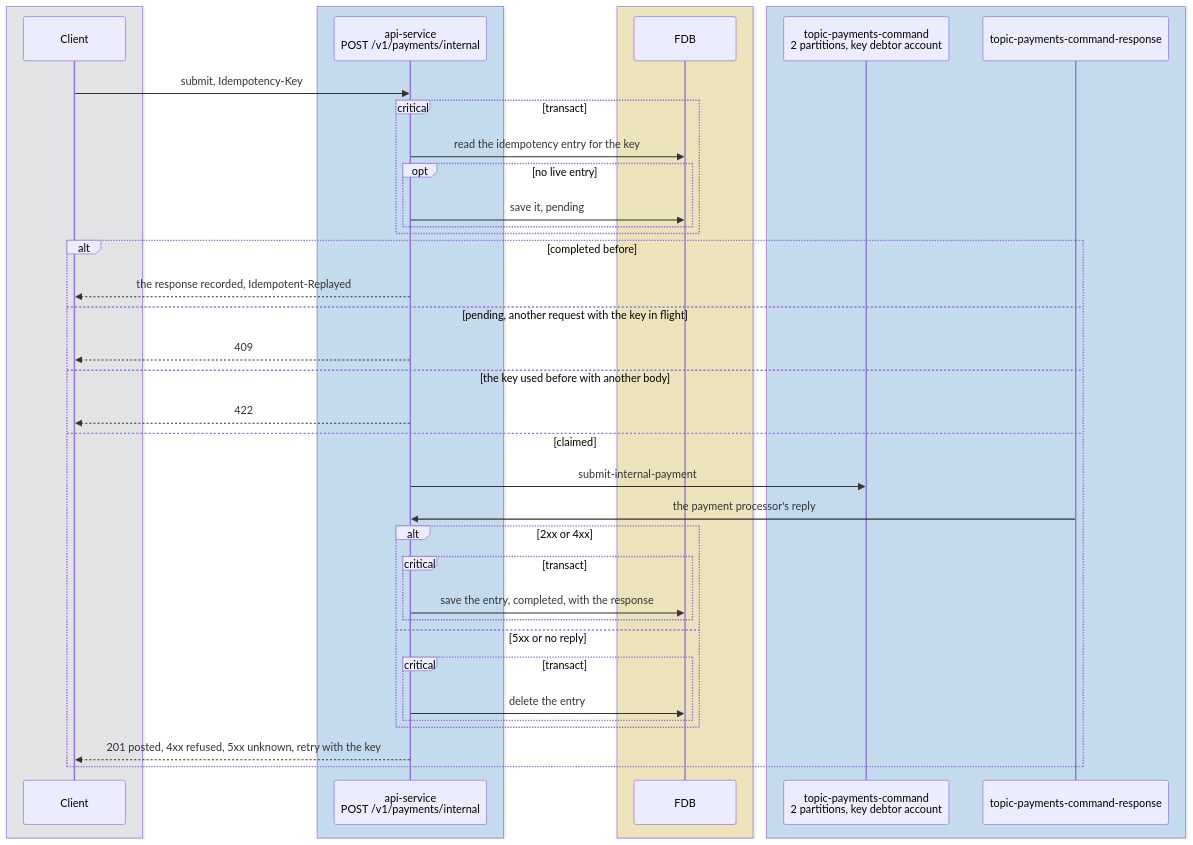
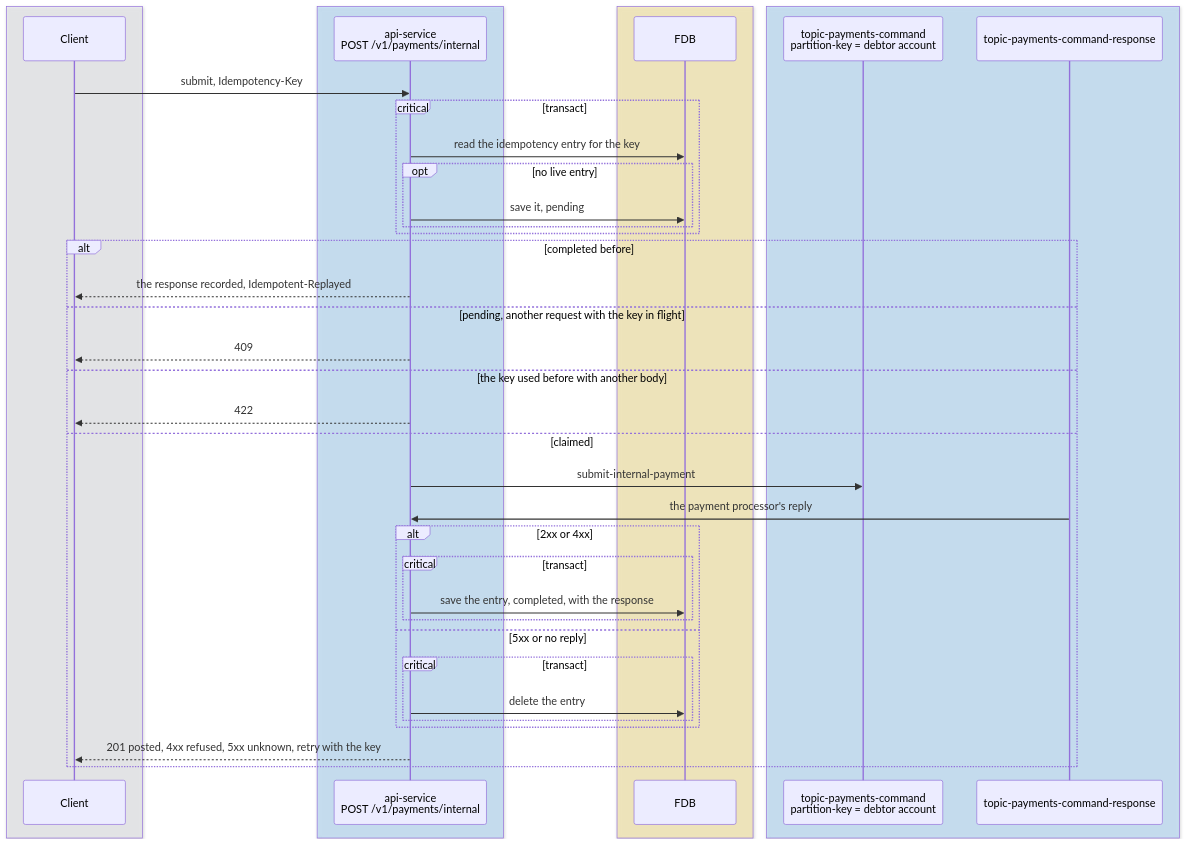
Before and after one commit to repldriven/queenswood: the first of 7 diagrams in docs/tdd/payments-internal.md, drawn with Mermaid. The commit also changed other lines of this file, not shown here.

Commit message:
Name each topic's partition key rather than its partition count

````diff
--- a/docs/tdd/payments-internal.md
+++ b/docs/tdd/payments-internal.md
@@ -81,43 +77,43 @@
 ```mermaid
 sequenceDiagram
     box rgba(233, 236, 239, 0.5)
     participant C as Client
     end
     box rgba(165, 216, 255, 0.45)
     participant API as api-service<br/>POST /v1/payments/internal
     end
     box rgba(255, 236, 153, 0.5)
     participant DB as FDB
     end
     box rgba(165, 216, 255, 0.45)
-    participant PC as topic-payments-command<br/>2 partitions, key debtor account
+    participant PC as topic-payments-command<br/>partition-key = debtor account
     participant PR as topic-payments-command-response
     end
     C->>API: submit, Idempotency-Key
     critical transact
     API->>DB: read the idempotency entry for the key
     opt no live entry
     API->>DB: save it, pending
     end
     end
     alt completed before
     API-->>C: the response recorded, Idempotent-Replayed
     else pending, another request with the key in flight
     API-->>C: 409
     else the key used before with another body
     API-->>C: 422
     else claimed
     API->>PC: submit-internal-payment
     PR->>API: the payment processor's reply
     alt 2xx or 4xx
     critical transact
     API->>DB: save the entry, completed, with the response
     end
     else 5xx or no reply
     critical transact
     API->>DB: delete the entry
     end
     end
     API-->>C: 201 posted, 4xx refused, 5xx unknown, retry with the key
     end
 ```
````
